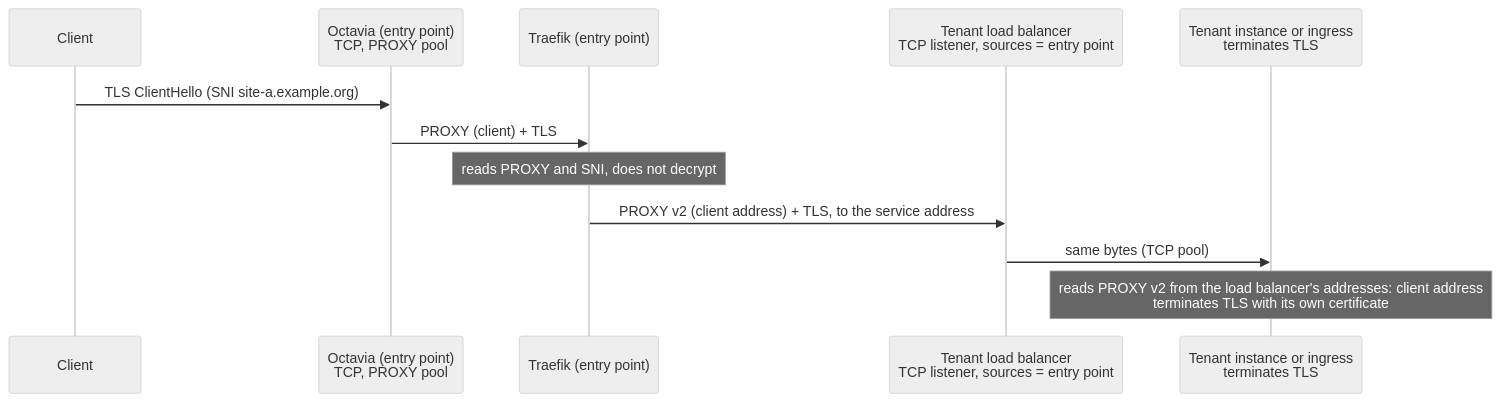
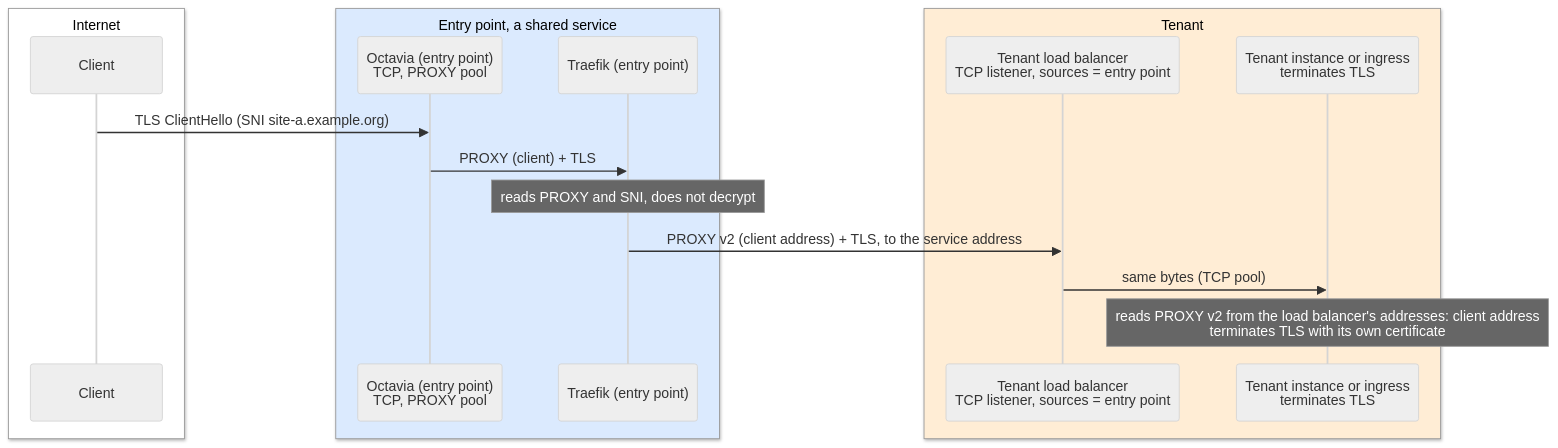
The second of 6 diagrams in docs/concepts/architecture.md (CyprisTech/openstack-multitenant-reference), drawn with Mermaid (neutral theme) before and after one commit. The commit also changed other lines of this file and 17 other files, not shown here.

First line of the commit message:
Diagrams: tenants by exposure, one palette by role, compact diagrams

````diff
--- a/docs/concepts/architecture.md
+++ b/docs/concepts/architecture.md
@@ -106,14 +121,20 @@
 ```mermaid
 sequenceDiagram
+    box rgb(255,255,255) Internet
     participant C as Client
+    end
+    box rgb(219,234,254) Entry point, a shared service
     participant E as Octavia (entry point)<br/>TCP, PROXY pool
     participant T as Traefik (entry point)
+    end
+    box rgb(255,237,213) Tenant
     participant L as Tenant load balancer<br/>TCP listener, sources = entry point
     participant B as Tenant instance or ingress<br/>terminates TLS
+    end
     C->>E: TLS ClientHello (SNI site-a.example.org)
     E->>T: PROXY (client) + TLS
     Note over T: reads PROXY and SNI, does not decrypt
     T->>L: PROXY v2 (client address) + TLS, to the service address
     L->>B: same bytes (TCP pool)
     Note over B: reads PROXY v2 from the load balancer's addresses: client address<br/>terminates TLS with its own certificate
 ```
````
